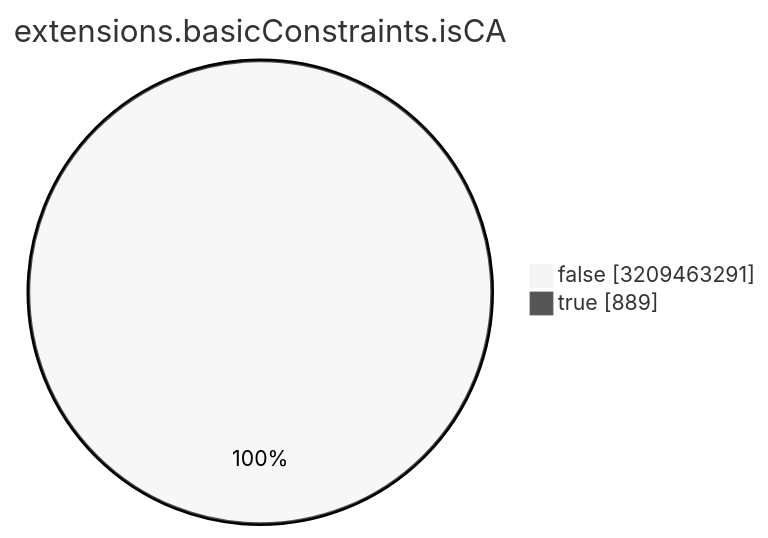
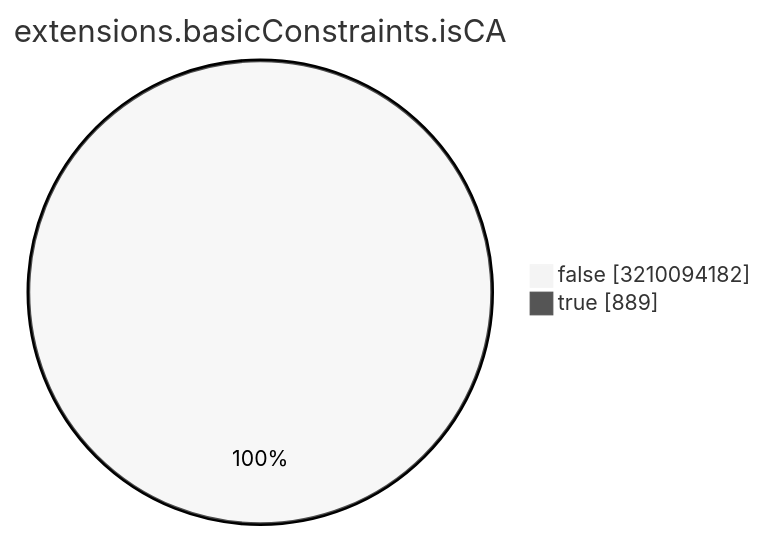
Before and after one commit to christiankrug/ctmonitor_visualization: the seventh of 15 diagrams in TOTAL/README.md, drawn with Mermaid (neutral theme). The commit also changed other lines of this file, not shown here.

````diff
--- a/TOTAL/README.md
+++ b/TOTAL/README.md
@@ -3088,6 +3088,6 @@
 ```mermaid
 pie showData
 title extensions.basicConstraints.isCA
-"false" :3209463291
+"false" :3210094182
 "true" :889
 ```
````
